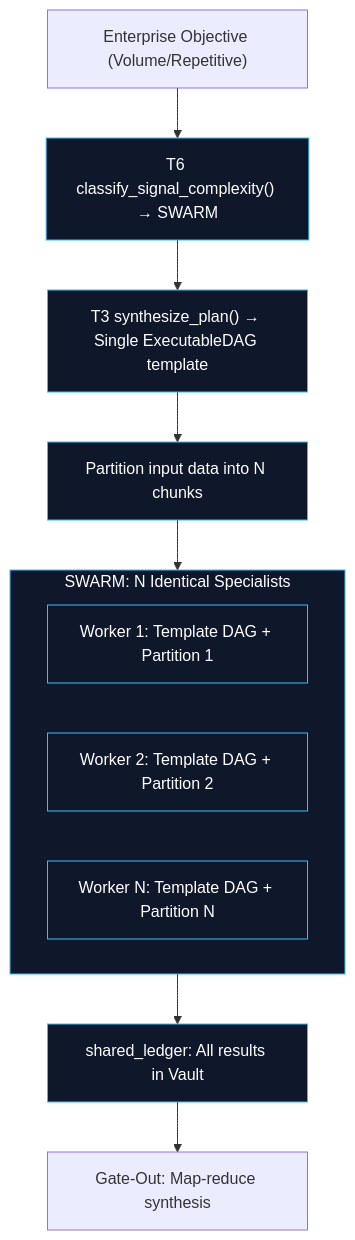
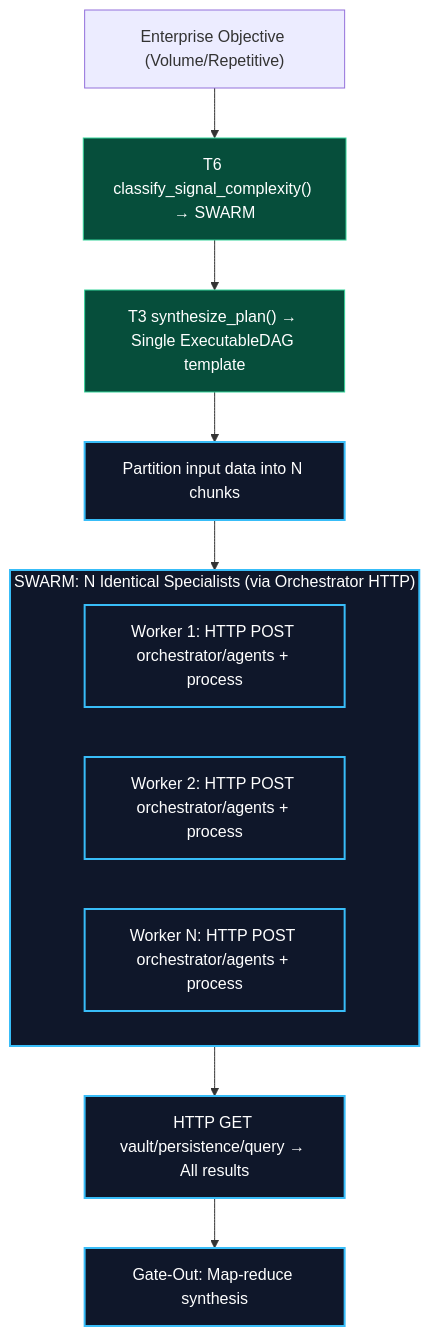
The fourth of 5 diagrams in redesign/tier_8_architecture.md (azzindani/Kea), drawn with Mermaid before and after one commit. The commit also changed other lines of this file and 3 other files, not shown here.

Commit message:
feat: Document the new Tier 8 microservices architecture, outline Tier 9, and add Qwen3 embedding and reranker components.

````diff
--- a/redesign/tier_8_architecture.md
+++ b/redesign/tier_8_architecture.md
@@ -790,22 +1056,24 @@
 ```mermaid
 flowchart TB
     nObjective["Enterprise Objective (Volume/Repetitive)"]
     nAssess["T6 classify_signal_complexity() → SWARM"]
     nTemplate["T3 synthesize_plan() → Single ExecutableDAG template"]
     nPartition["Partition input data into N chunks"]
-
-    subgraph sSwarm["SWARM: N Identical Specialists"]
+ 
+    subgraph sSwarm["SWARM: N Identical Specialists (via Orchestrator HTTP)"]
         direction LR
-        nW1["Worker 1: Template DAG + Partition 1"]
-        nW2["Worker 2: Template DAG + Partition 2"]
-        nWN["Worker N: Template DAG + Partition N"]
+        nW1["Worker 1: HTTP POST orchestrator/agents + process"]
+        nW2["Worker 2: HTTP POST orchestrator/agents + process"]
+        nWN["Worker N: HTTP POST orchestrator/agents + process"]
     end
-
-    nCollect["shared_ledger: All results in Vault"]
+ 
+    nCollect["HTTP GET vault/persistence/query → All results"]
     nReduce["Gate-Out: Map-reduce synthesis"]
-
+ 
     nObjective --> nAssess --> nTemplate --> nPartition --> sSwarm --> nCollect --> nReduce
-
-    classDef t8 fill:#0f172a,stroke:#38bdf8,stroke-width:1px,color:#fff
-    class nAssess,nTemplate,nPartition,sSwarm,nW1,nW2,nWN,nCollect t8
+ 
+    classDef pure fill:#064E3B,stroke:#34D399,stroke-width:1px,color:#fff
+    classDef http fill:#0f172a,stroke:#38bdf8,stroke-width:2px,color:#fff
+    class nAssess,nTemplate pure
+    class nPartition,sSwarm,nW1,nW2,nWN,nCollect,nReduce http
 ```
````
